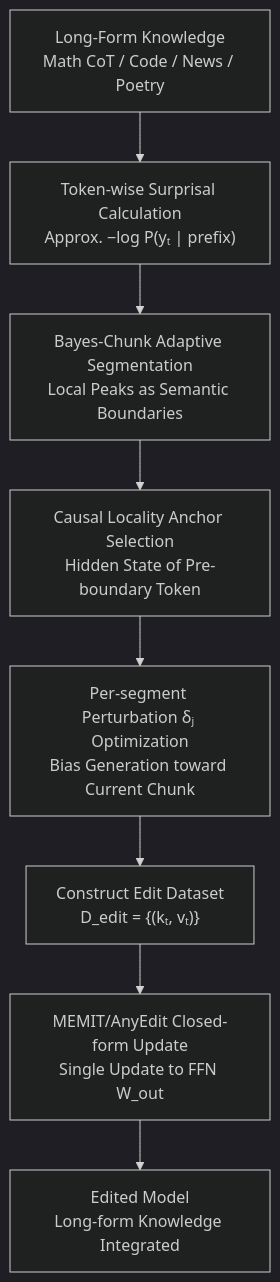
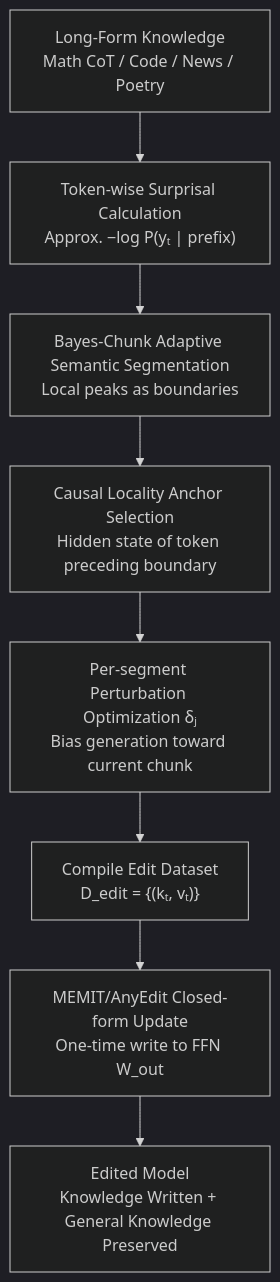
Before and after one commit to zhaoyang97/Paper-Notes-en: the diagram in docs/ICML2026/knowledge_editing/anyedit_adaptive_long-form_knowledge_editing_via_bayesian_surprise.md, drawn with Mermaid (dark theme). The commit also changed other lines of this file and 5084 other files, not shown here.

````diff
--- a/docs/ICML2026/knowledge_editing/anyedit_adaptive_long-form_knowledge_editing_via_bayesian_surprise.md
+++ b/docs/ICML2026/knowledge_editing/anyedit_adaptive_long-form_knowledge_editing_via_bayesian_surprise.md
@@ -43,11 +43,11 @@
 ```mermaid
 graph TD
     T["Long-Form Knowledge<br/>Math CoT / Code / News / Poetry"]
     T --> S["Token-wise Surprisal Calculation<br/>Approx. −log P(yₜ | prefix)"]
-    S --> B["Bayes-Chunk Adaptive Segmentation<br/>Local Peaks as Semantic Boundaries"]
-    B --> A["Causal Locality Anchor Selection<br/>Hidden State of Pre-boundary Token"]
-    A --> D["Per-segment Perturbation δⱼ Optimization<br/>Bias Generation toward Current Chunk"]
-    D --> KV["Construct Edit Dataset<br/>D_edit = {(kₜ, vₜ)}"]
-    KV --> M["MEMIT/AnyEdit Closed-form Update<br/>Single Update to FFN W_out"]
-    M --> O["Edited Model<br/>Long-form Knowledge Integrated"]
+    S --> B["Bayes-Chunk Adaptive Semantic Segmentation<br/>Local peaks as boundaries"]
+    B --> A["Causal Locality Anchor Selection<br/>Hidden state of token preceding boundary"]
+    A --> D["Per-segment Perturbation Optimization δⱼ<br/>Bias generation toward current chunk"]
+    D --> KV["Compile Edit Dataset<br/>D_edit = {(kₜ, vₜ)}"]
+    KV --> M["MEMIT/AnyEdit Closed-form Update<br/>One-time write to FFN W_out"]
+    M --> O["Edited Model<br/>Knowledge Written + General Knowledge Preserved"]
 ```
````
